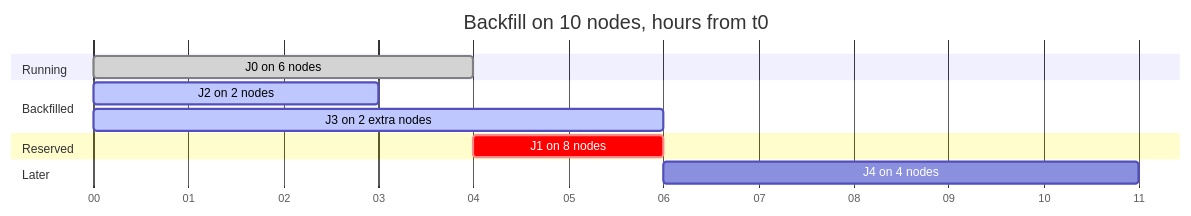
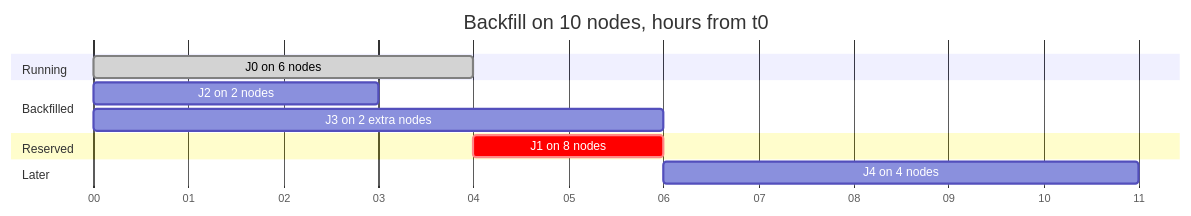
Before and after one commit to Sampath1-1-1/System-Design: diagram 13 of 14 in manuscript/book1-traditional/46-distributed-scheduling.md, drawn with Mermaid. The commit also changed other lines of this file, not shown here.

Commit message:
WIP: snapshot of in-progress Chapter 46 draft
Claude-Session: https://claude.ai/code/session_01KD1PV4QYjXu36Gz9iKmJiD

````diff
--- a/manuscript/book1-traditional/46-distributed-scheduling.md
+++ b/manuscript/book1-traditional/46-distributed-scheduling.md
@@ -1219,15 +1219,15 @@
 ```mermaid
 gantt
   title Backfill on 10 nodes, hours from t0
   dateFormat H
   axisFormat %H
   section Running
   J0 on 6 nodes :done, j0, 0, 4h
   section Backfilled
-  J2 on 2 nodes :active, j2, 0, 3h
-  J3 on 2 extra nodes :active, j3, 0, 6h
+  J2 on 2 nodes :j2, 0, 3h
+  J3 on 2 extra nodes :j3, 0, 6h
   section Reserved
   J1 on 8 nodes :crit, j1, 4, 2h
   section Later
   J4 on 4 nodes :j4, 6, 5h
 ```
````
